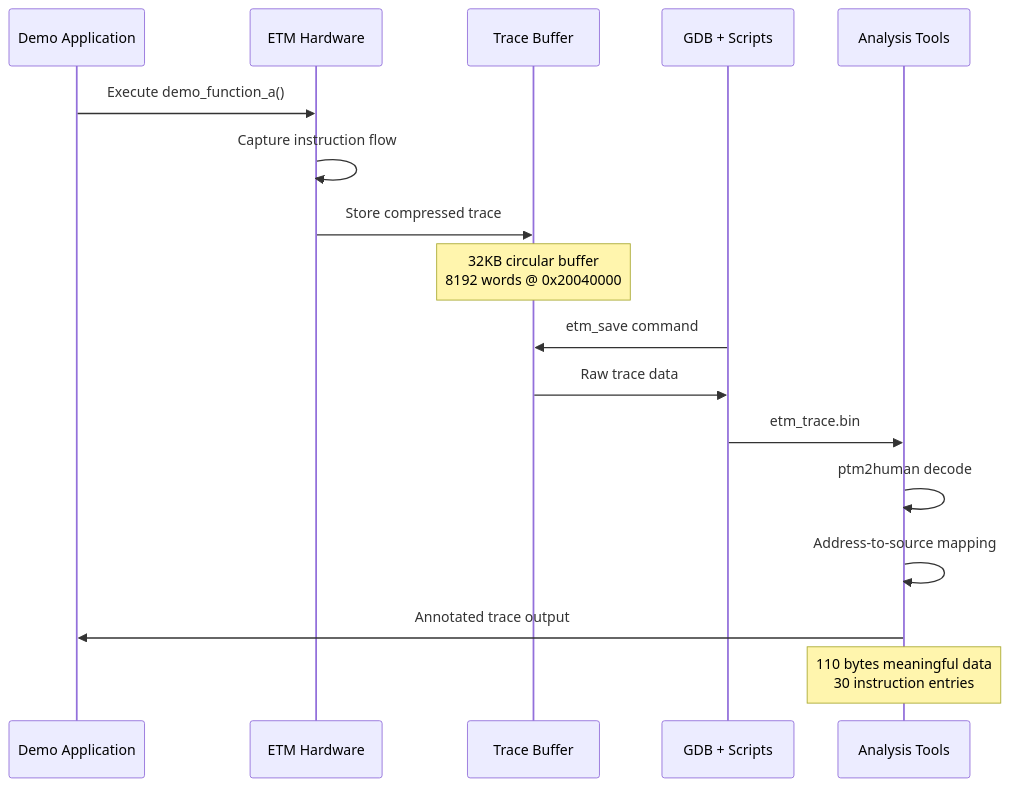
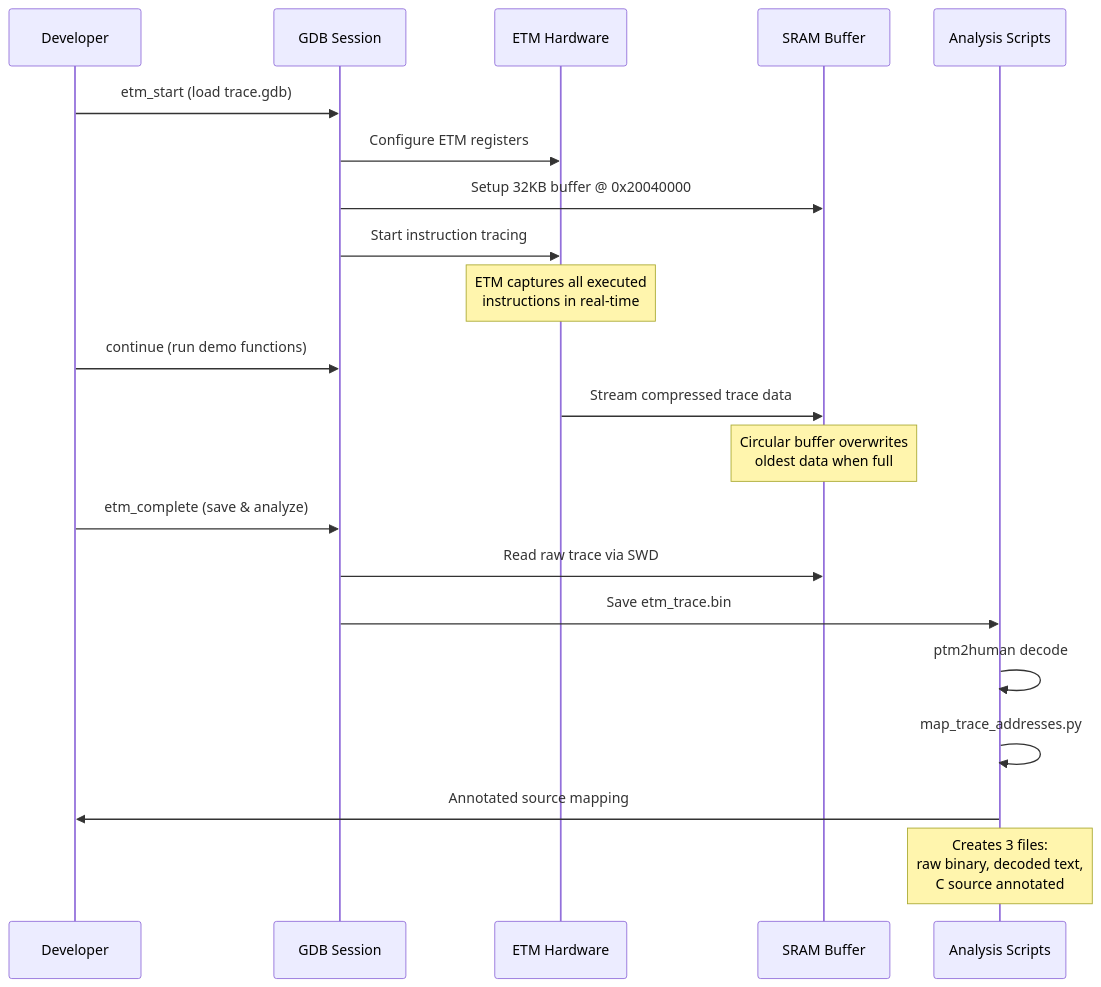
Before and after one commit to Tabrez-dev/pico2-etm: the second of 3 diagrams in README.md, drawn with Mermaid. The commit also changed other lines of this file, not shown here.

````diff
--- a/README.md
+++ b/README.md
@@ -60,23 +63,28 @@
 ```mermaid
 sequenceDiagram
-    participant App as Demo Application
+    participant User as Developer
+    participant GDB as GDB Session
     participant ETM as ETM Hardware
-    participant Buffer as Trace Buffer
-    participant GDB as GDB + Scripts
-    participant Tools as Analysis Tools
+    participant Buffer as SRAM Buffer
+    participant Scripts as Analysis Scripts
     
-    App->>ETM: Execute demo_function_a()
-    ETM->>ETM: Capture instruction flow
-    ETM->>Buffer: Store compressed trace
-    Note over Buffer: 32KB circular buffer<br/>8192 words @ 0x20040000
+    User->>GDB: etm_start (load trace.gdb)
+    GDB->>ETM: Configure ETM registers
+    GDB->>Buffer: Setup 32KB buffer @ 0x20040000
+    GDB->>ETM: Start instruction tracing
+    Note over ETM: ETM captures all executed<br/>instructions in real-time
     
-    GDB->>Buffer: etm_save command
-    Buffer->>GDB: Raw trace data
-    GDB->>Tools: etm_trace.bin
+    User->>GDB: continue (run demo functions)
+    ETM->>Buffer: Stream compressed trace data
+    Note over Buffer: Circular buffer overwrites<br/>oldest data when full
     
-    Tools->>Tools: ptm2human decode
-    Tools->>Tools: Address-to-source mapping
-    Tools->>App: Annotated trace output
+    User->>GDB: etm_complete (save & analyze)
+    GDB->>Buffer: Read raw trace via SWD
+    GDB->>Scripts: Save etm_trace.bin
     
-    Note over Tools: 110 bytes meaningful data<br/>30 instruction entries
+    Scripts->>Scripts: ptm2human decode
+    Scripts->>Scripts: map_trace_addresses.py
+    Scripts->>User: Annotated source mapping
+    
+    Note over Scripts: Creates 3 files:<br/>raw binary, decoded text,<br/>C source annotated
 ```
````
